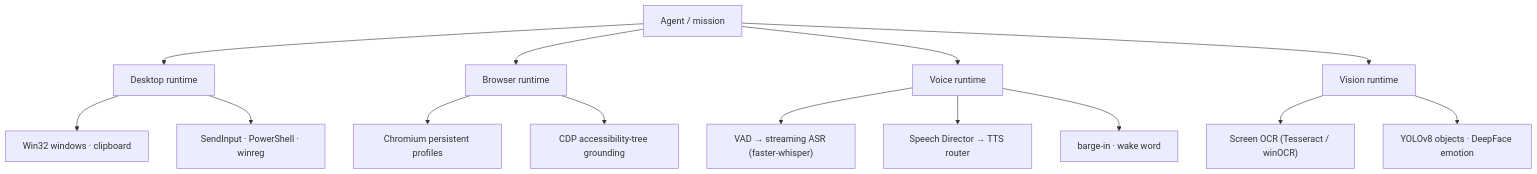
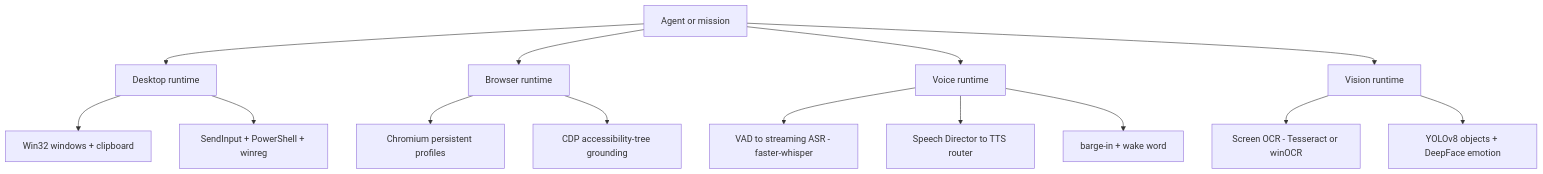
One commit to MrDecryptDecipher/EmilyOS changed diagram 11 of 18 in README.md. Above: the diagram before and after it, drawn with Mermaid. The commit also changed other lines of this file and 1 other file, not shown here.

First line of the commit message:
docs: fix Mermaid rendering on GitHub + add inline launch-film GIF

````diff
--- a/README.md
+++ b/README.md
@@ -308,20 +315,20 @@
 ```mermaid
 flowchart TB
-  AG["Agent / mission"] --> D["Desktop runtime"]
+  AG["Agent or mission"] --> D["Desktop runtime"]
   AG --> B["Browser runtime"]
   AG --> VO["Voice runtime"]
   AG --> VI["Vision runtime"]
 
-  D --> D1["Win32 windows · clipboard"]
-  D --> D2["SendInput · PowerShell · winreg"]
+  D --> D1["Win32 windows + clipboard"]
+  D --> D2["SendInput + PowerShell + winreg"]
 
   B --> B1["Chromium persistent profiles"]
   B --> B2["CDP accessibility-tree grounding"]
 
-  VO --> VO1["VAD → streaming ASR (faster-whisper)"]
-  VO --> VO2["Speech Director → TTS router"]
-  VO --> VO3["barge-in · wake word"]
+  VO --> VO1["VAD to streaming ASR - faster-whisper"]
+  VO --> VO2["Speech Director to TTS router"]
+  VO --> VO3["barge-in + wake word"]
 
-  VI --> VI1["Screen OCR (Tesseract / winOCR)"]
-  VI --> VI2["YOLOv8 objects · DeepFace emotion"]
+  VI --> VI1["Screen OCR - Tesseract or winOCR"]
+  VI --> VI2["YOLOv8 objects + DeepFace emotion"]
 ```
````
